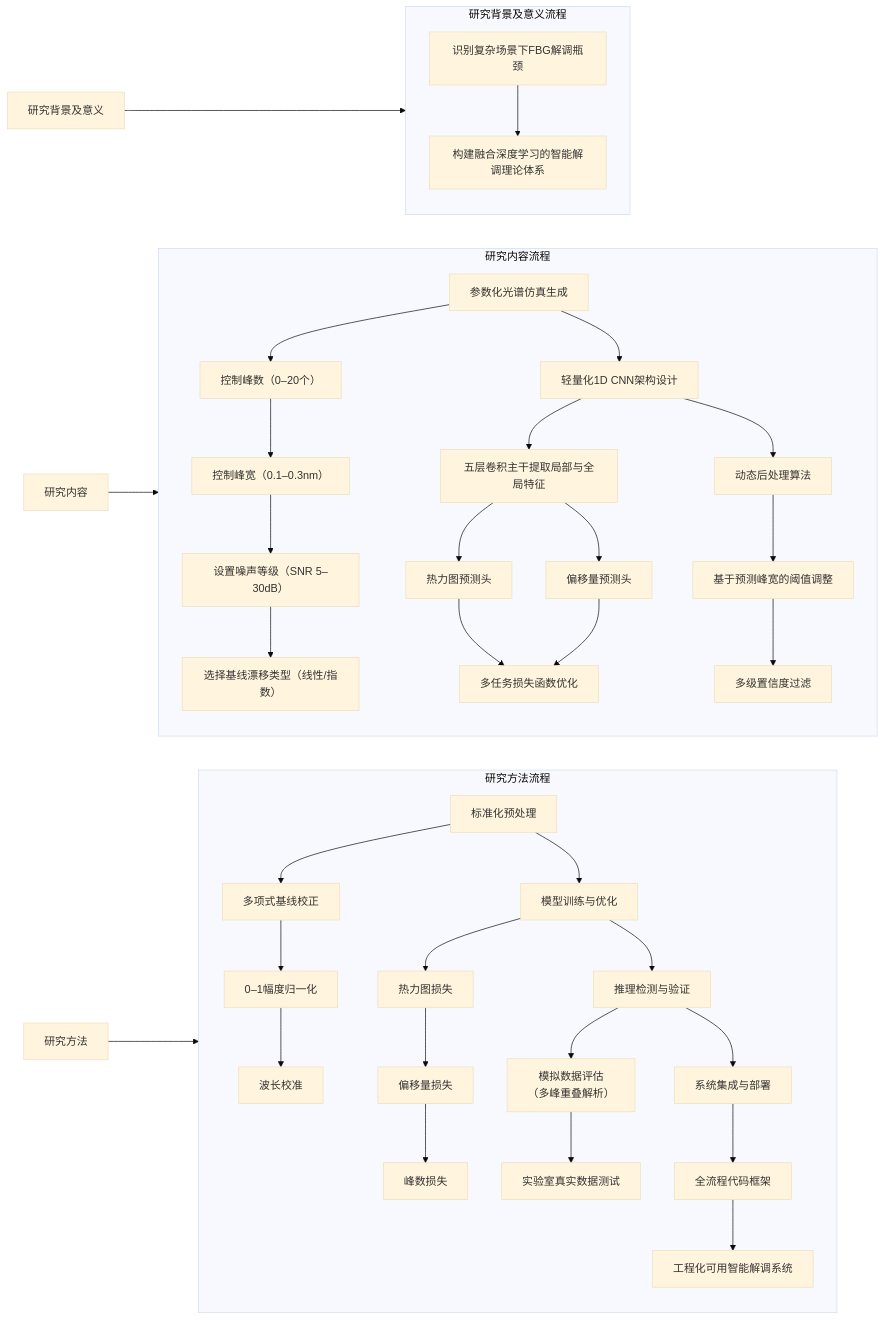
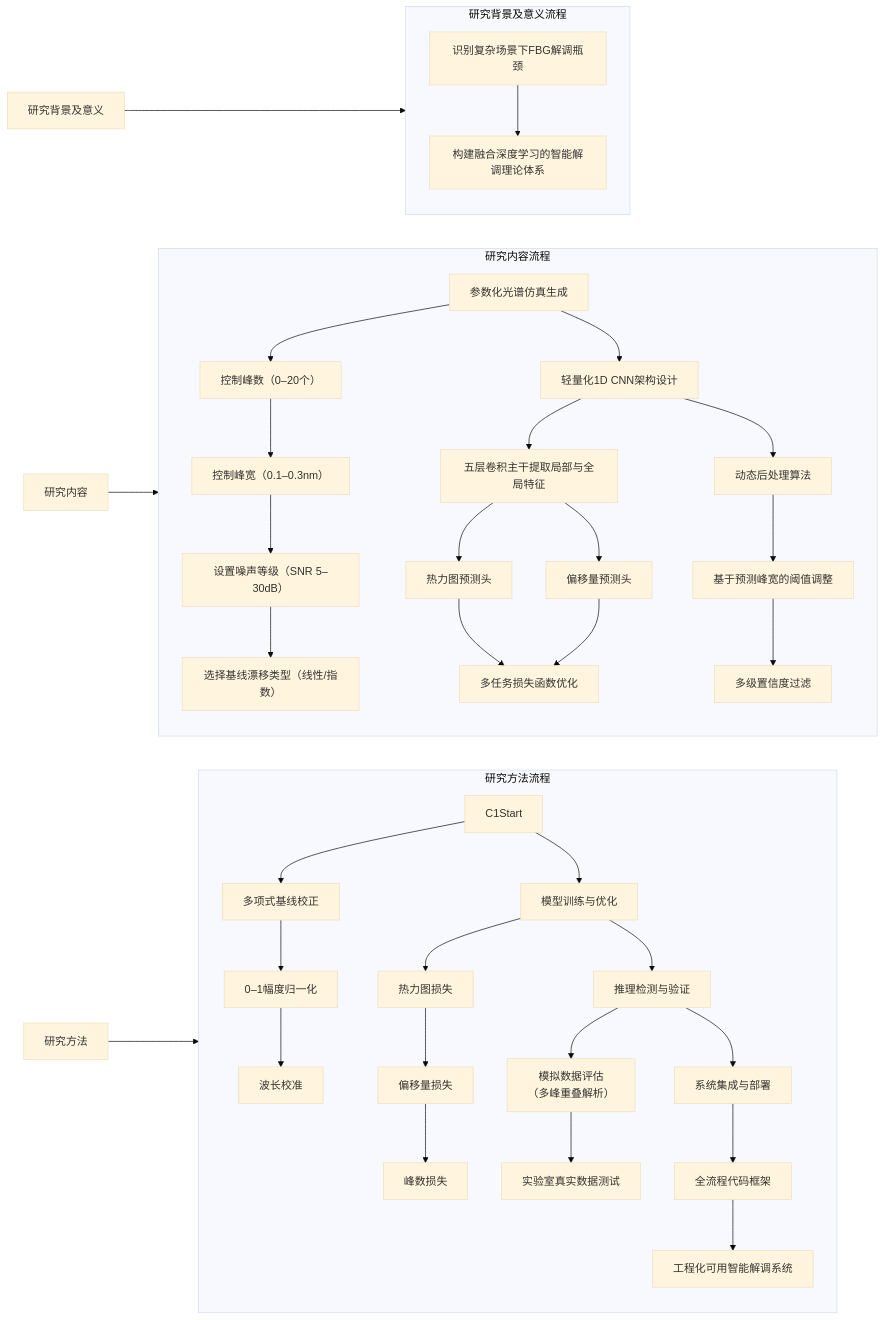
One commit to Chaccccccc/iodraw-files changed the diagram in all/未命名-1.md. Above: the diagram before and after it, drawn with Mermaid (base theme).

Commit message:
2025-05-24 12:52:01 update

````diff
--- a/all/未命名-1.md
+++ b/all/未命名-1.md
@@ -1,79 +1,79 @@
 ```mermaid
 flowchart LR
     %% 左侧：模块名称
     M1["研究背景及意义"]
     M2["研究内容"]
     M3["研究方法"]
 
     %% 模块一的流程图
     subgraph M1G["研究背景及意义流程"]
         direction TB
         A1["识别复杂场景下FBG解调瓶颈"]
         A2["构建融合深度学习的智能解调理论体系"]
         A1 --> A2
     end
 
     %% 模块二的流程图
     subgraph M2G["研究内容流程"]
         direction TB
         B1Start["参数化光谱仿真生成"]
         B1a["控制峰数（0–20个）"]
         B1b["控制峰宽（0.1–0.3nm）"]
         B1c["设置噪声等级（SNR 5–30dB）"]
         B1d["选择基线漂移类型（线性/指数）"]
         B1Start --> B1a --> B1b --> B1c --> B1d
 
         B2Start["轻量化1D CNN架构设计"]
         B2a["五层卷积主干提取局部与全局特征"]
         B2b["热力图预测头"]
         B2c["偏移量预测头"]
         B2d["多任务损失函数优化"]
         B2Start --> B2a --> B2b
         B2a --> B2c
         B2b --> B2d
         B2c --> B2d
 
         B3Start["动态后处理算法"]
         B3a["基于预测峰宽的阈值调整"]
         B3b["多级置信度过滤"]
         B3Start --> B3a --> B3b
 
         %% 按顺序展开
         B1Start --> B2Start --> B3Start
     end
 
     %% 模块三的流程图
     subgraph M3G["研究方法流程"]
         direction TB
-        C1Start["标准化预处理"]
+        %%C1Start["标准化预处理"]
         C1a["多项式基线校正"]
         C1b["0–1幅度归一化"]
         C1c["波长校准"]
         C1Start --> C1a --> C1b --> C1c
 
         C2Start["模型训练与优化"]
         C2a["热力图损失"]
         C2b["偏移量损失"]
         C2c["峰数损失"]
         C2Start --> C2a --> C2b --> C2c
 
         C3Start["推理检测与验证"]
         C3a["模拟数据评估\n（多峰重叠解析）"]
         C3b["实验室真实数据测试"]
         C3Start --> C3a --> C3b
 
         C4Start["系统集成与部署"]
         C4a["全流程代码框架"]
         C4b["工程化可用智能解调系统"]
         C4Start --> C4a --> C4b
 
         %% 串联整体流程
         C1Start --> C2Start --> C3Start --> C4Start
     end
 
     %% 模块 → 子图
     M1 --> M1G
     M2 --> M2G
     M3 --> M3G
 
 ```
````
